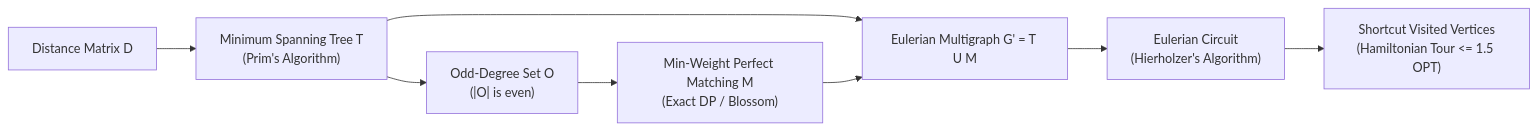
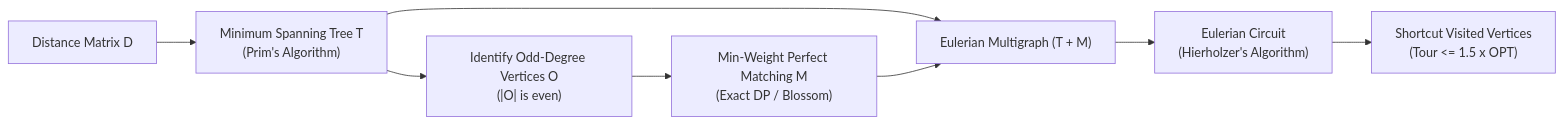
Before and after one commit to AdityaWagh19/TSP-Solver: the second of 2 diagrams in README.md, drawn with Mermaid. The commit also changed other lines of this file and 1 other file, not shown here.

````diff
--- a/README.md
+++ b/README.md
@@ -67,9 +67,9 @@
 ```mermaid
 flowchart LR
     A["Distance Matrix D"] --> B["Minimum Spanning Tree T<br>(Prim's Algorithm)"]
-    B --> C["Odd-Degree Set O<br>(|O| is even)"]
+    B --> C["Identify Odd-Degree Vertices O<br>(|O| is even)"]
     C --> D["Min-Weight Perfect Matching M<br>(Exact DP / Blossom)"]
-    B & D --> E["Eulerian Multigraph G' = T U M"]
+    B & D --> E["Eulerian Multigraph (T + M)"]
     E --> F["Eulerian Circuit<br>(Hierholzer's Algorithm)"]
-    F --> G["Shortcut Visited Vertices<br>(Hamiltonian Tour <= 1.5 OPT)"]
+    F --> G["Shortcut Visited Vertices<br>(Tour <= 1.5 x OPT)"]
 ```
````
